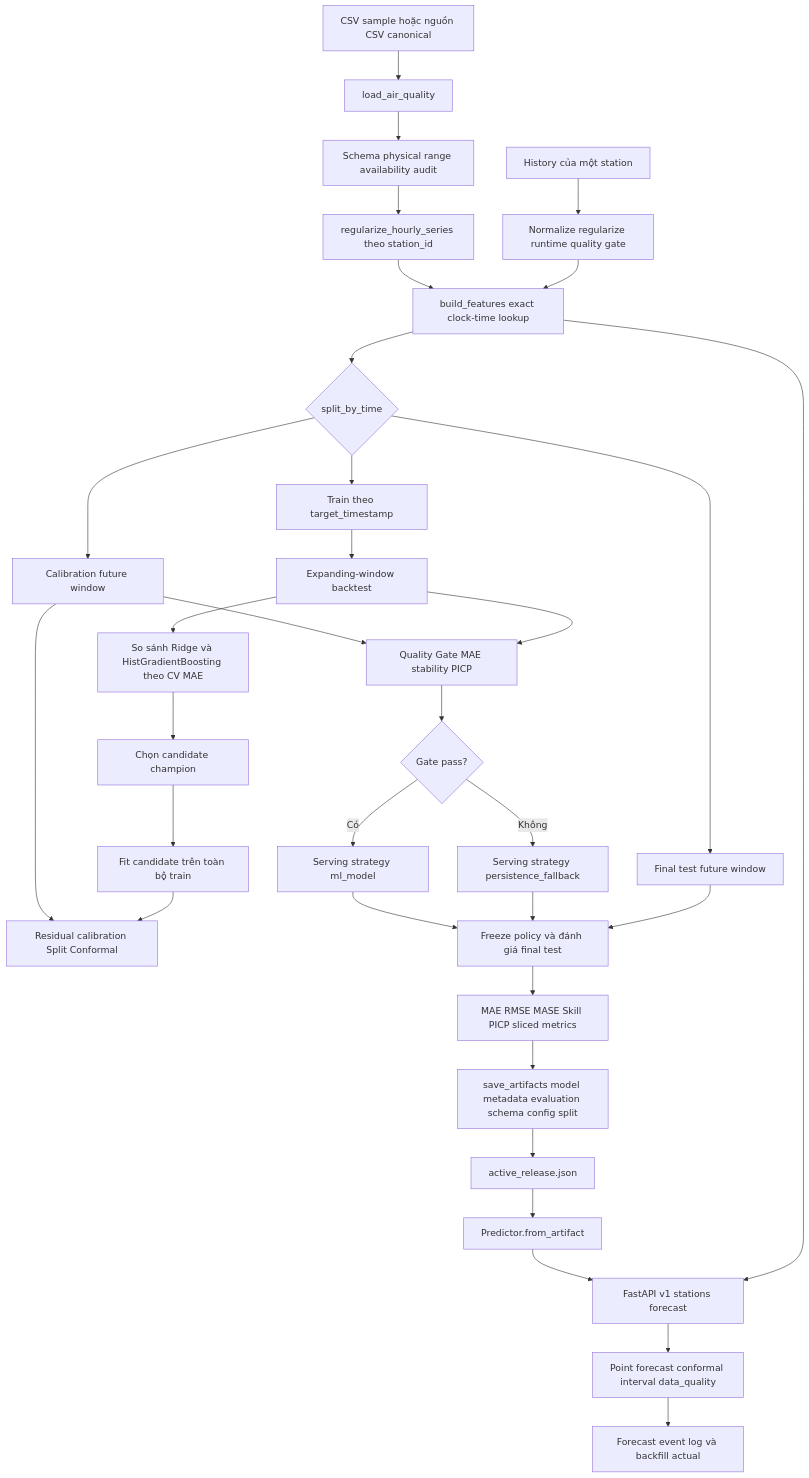
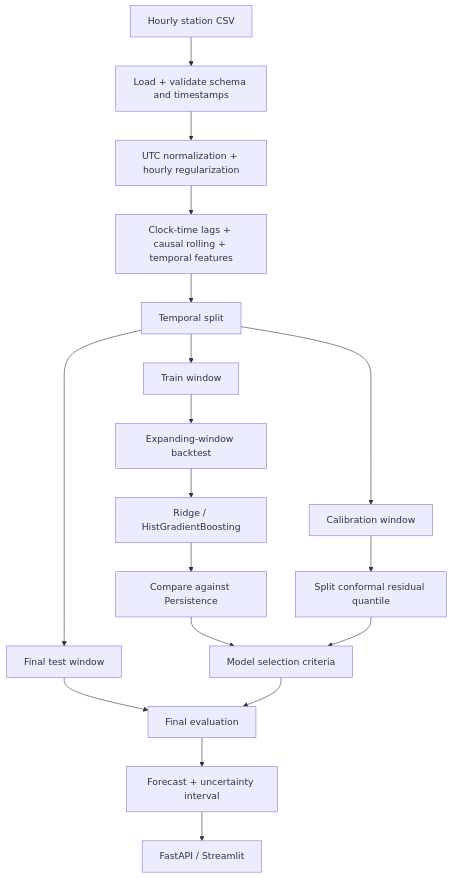
Before and after one commit to haminhthong/HCMC-Pm25-Forecasting: the diagram in README.md, drawn with Mermaid. The commit also changed other lines of this file and 80 other files, not shown here.

````diff
--- a/README.md
+++ b/README.md
@@ -117,40 +85,20 @@
 ```mermaid
 flowchart TD
-    A[CSV sample hoặc nguồn CSV canonical] --> B[load_air_quality]
-    B --> C[Schema physical range availability audit]
-    C --> D[regularize_hourly_series theo station_id]
-    D --> E[build_features exact clock-time lookup]
-
-    E --> F{split_by_time}
-    F --> G[Train theo target_timestamp]
-    F --> H[Calibration future window]
-    F --> I[Final test future window]
-
-    G --> J[Expanding-window backtest]
-    J --> K[So sánh Ridge và HistGradientBoosting theo CV MAE]
-    K --> L[Chọn candidate champion]
-    L --> M[Fit candidate trên toàn bộ train]
-
-    H --> N[Residual calibration Split Conformal]
+    A[Hourly station CSV] --> B[Load + validate schema and timestamps]
+    B --> C[UTC normalization + hourly regularization]
+    C --> D[Clock-time lags + causal rolling + temporal features]
+    D --> E[Temporal split]
+    E --> F[Train window]
+    E --> G[Calibration window]
+    E --> H[Final test window]
+    F --> I[Expanding-window backtest]
+    I --> J[Ridge / HistGradientBoosting]
+    J --> K[Compare against Persistence]
+    G --> L[Split conformal residual quantile]
+    K --> M[Model selection criteria]
+    L --> M
+    H --> N[Final evaluation]
     M --> N
-    H --> O[Quality Gate MAE stability PICP]
-    J --> O
-    O --> P{Gate pass?}
-    P -->|Có| Q[Serving strategy ml_model]
-    P -->|Không| R[Serving strategy persistence_fallback]
-
-    Q --> S[Freeze policy và đánh giá final test]
-    R --> S
-    I --> S
-    S --> T[MAE RMSE MASE Skill PICP sliced metrics]
-    T --> U[save_artifacts model metadata evaluation schema config split]
-    U --> V[active_release.json]
-
-    V --> W[Predictor.from_artifact]
-    X[History của một station] --> Y[Normalize regularize runtime quality gate]
-    Y --> E
-    W --> Z[FastAPI v1 stations forecast]
-    E --> Z
-    Z --> AA[Point forecast conformal interval data_quality]
-    AA --> AB[Forecast event log và backfill actual]
+    N --> O[Forecast + uncertainty interval]
+    O --> P[FastAPI / Streamlit]
 ```
````
